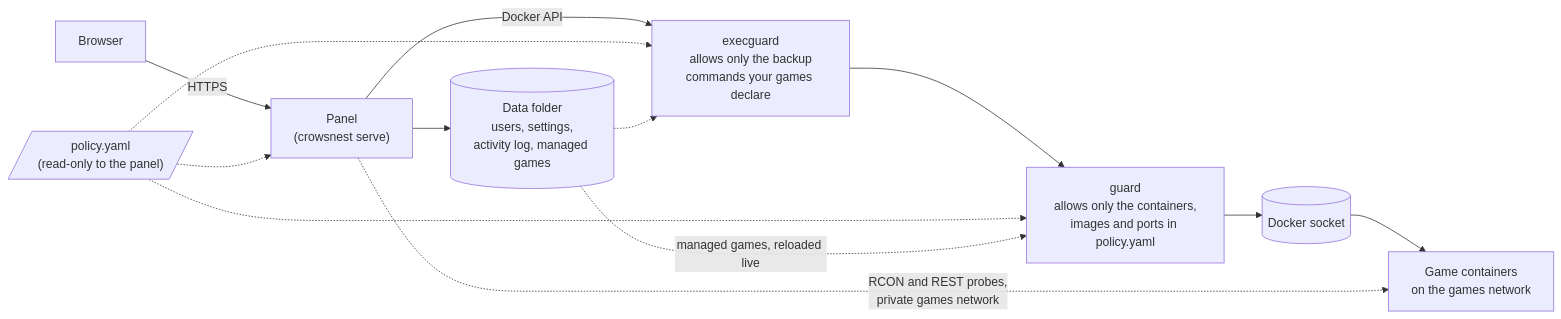
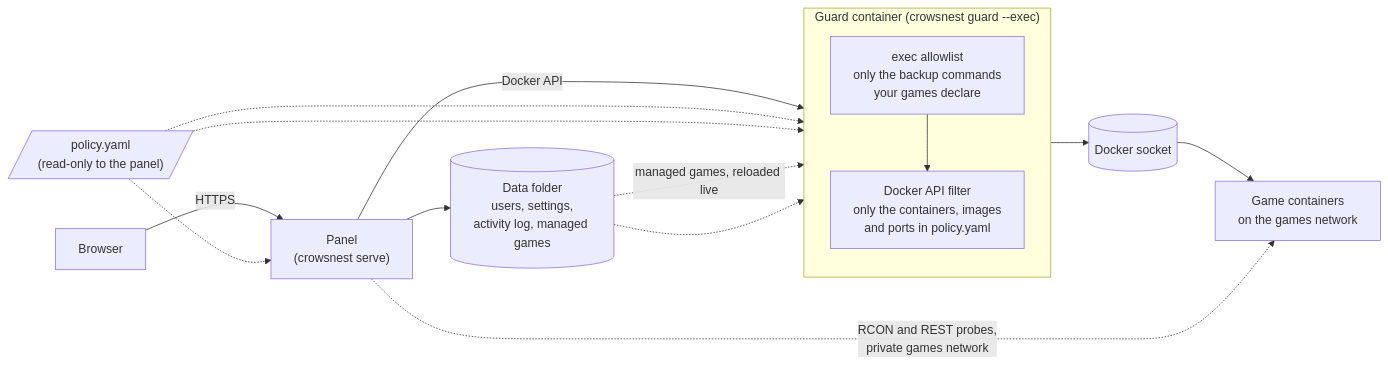
Before and after one commit to fiddler110/CrowsNest: the first of 3 diagrams in README.md, drawn with Mermaid. The commit also changed other lines of this file and 10 other files, not shown here.

Commit message:
Run the exec allowlist inside the guard (guard --exec); quickstart is panel plus guard

````diff
--- a/README.md
+++ b/README.md
@@ -24,15 +25,18 @@
 ```mermaid
 flowchart LR
     B["Browser"] -->|"HTTPS"| P["Panel<br/>(crowsnest serve)"]
-    P -->|"Docker API"| E["execguard<br/>allows only the backup<br/>commands your games declare"]
-    E --> G["guard<br/>allows only the containers,<br/>images and ports in policy.yaml"]
+    subgraph GC ["Guard container (crowsnest guard --exec)"]
+        direction TB
+        E["exec allowlist<br/>only the backup commands<br/>your games declare"] --> G["Docker API filter<br/>only the containers, images<br/>and ports in policy.yaml"]
+    end
+    P -->|"Docker API"| E
     G --> D[("Docker socket")]
     D --> C["Game containers<br/>on the games network"]
     P -.->|"RCON and REST probes,<br/>private games network"| C
     Pol[/"policy.yaml<br/>(read-only to the panel)"/] -.-> G
     Pol -.-> E
     Pol -.-> P
     P --> S[("Data folder<br/>users, settings,<br/>activity log, managed games")]
     S -.->|"managed games, reloaded live"| G
     S -.-> E
 ```
````
